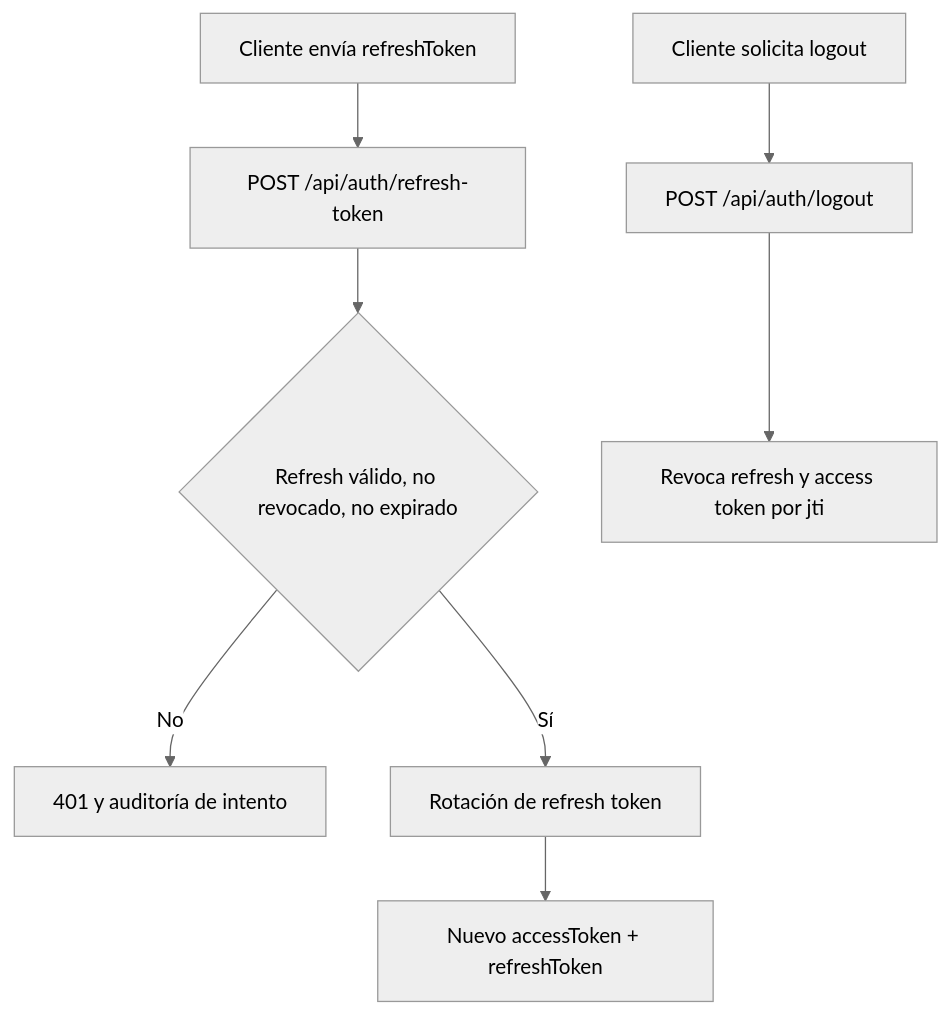
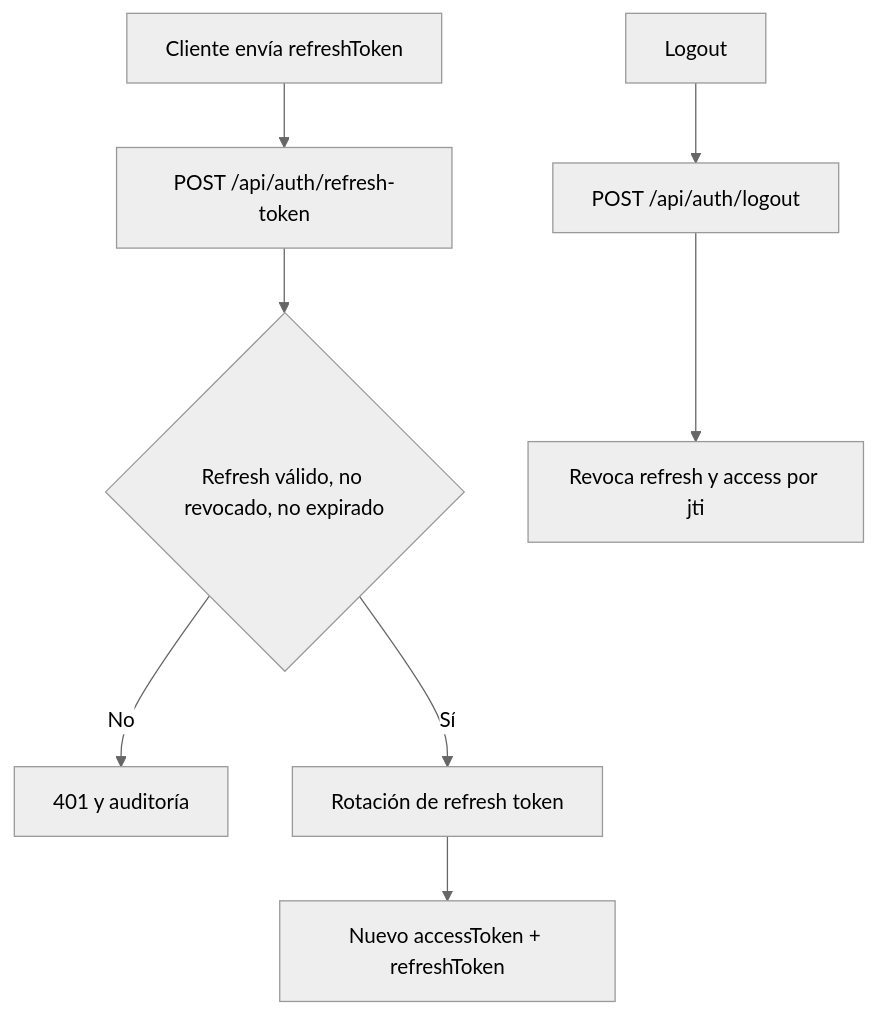
The third of 4 diagrams in README.md (AlejandroToscan0/ProyectoP3_SWSeguro), drawn with Mermaid (neutral theme) before and after one commit. The commit also changed other lines of this file, not shown here.

````diff
--- a/README.md
+++ b/README.md
@@ -88,10 +64,10 @@
 ```mermaid
 flowchart TD
     R1[Cliente envía refreshToken] --> R2[POST /api/auth/refresh-token]
     R2 --> R3{Refresh válido, no revocado, no expirado}
-    R3 -- No --> R4[401 y auditoría de intento]
+    R3 -- No --> R4[401 y auditoría]
     R3 -- Sí --> R5[Rotación de refresh token]
     R5 --> R6[Nuevo accessToken + refreshToken]
-    L1[Cliente solicita logout] --> L2[POST /api/auth/logout]
-    L2 --> L3[Revoca refresh y access token por jti]
+    L1[Logout] --> L2[POST /api/auth/logout]
+    L2 --> L3[Revoca refresh y access por jti]
 ```
````
